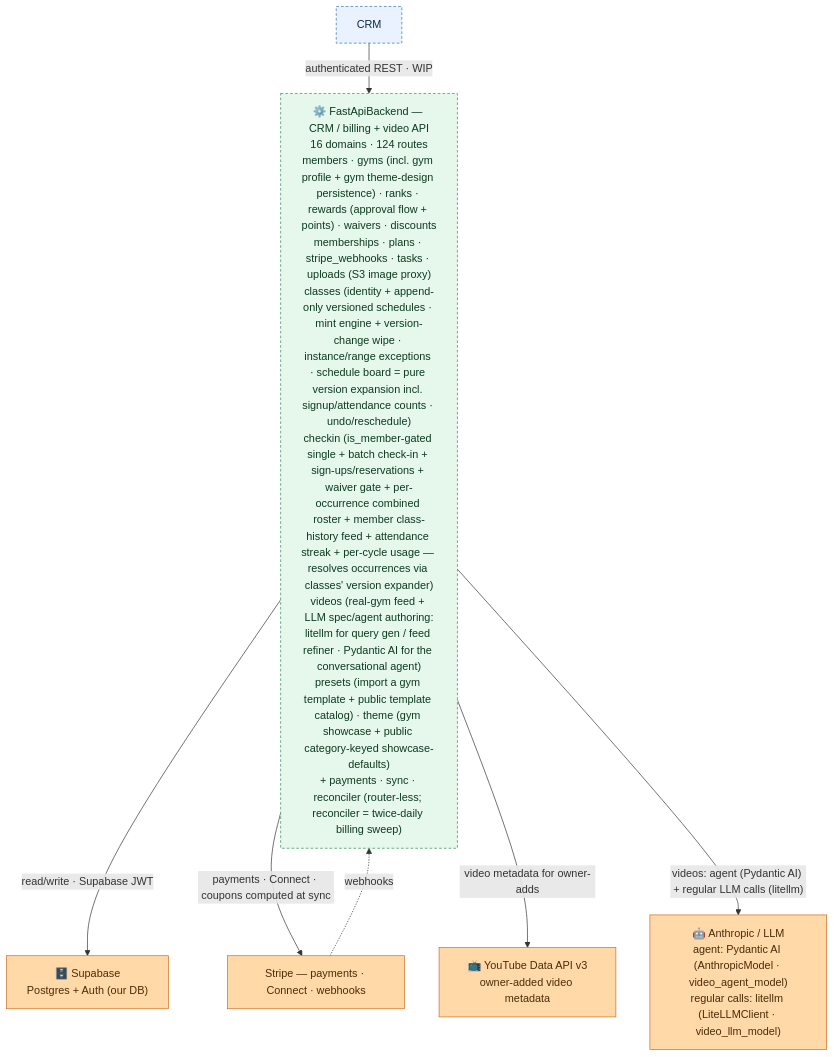
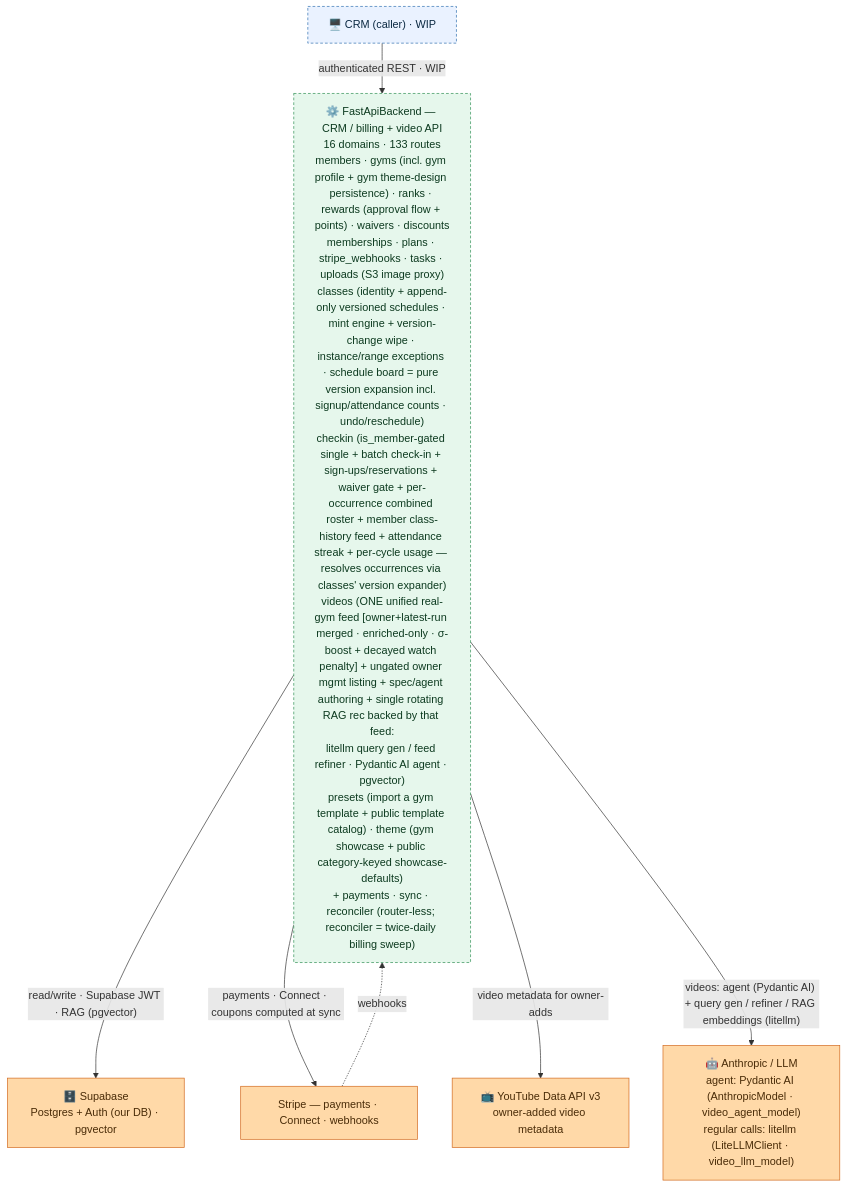
Before and after one commit to jesse51002/CombatDen: the diagram in FastApiBackend/README.md, drawn with Mermaid. The commit also changed other lines of this file and 280 other files, not shown here.

First line of the commit message:
Video worker + RAG recommendations + multi-step query gen (#53)

````diff
--- a/FastApiBackend/README.md
+++ b/FastApiBackend/README.md
@@ -16,22 +16,23 @@
 ```mermaid
 flowchart TB
-  FB["⚙️ FastApiBackend — CRM / billing + video API<br/>16 domains · 124 routes<br/>members · gyms (incl. gym profile + gym theme-design persistence) · ranks · rewards (approval flow + points) · waivers · discounts<br/>memberships · plans · stripe_webhooks · tasks · uploads (S3 image proxy)<br/>classes (identity + append-only versioned schedules · mint engine + version-change wipe · instance/range exceptions · schedule board = pure version expansion incl. signup/attendance counts · undo/reschedule)<br/>checkin (is_member-gated single + batch check-in + sign-ups/reservations + waiver gate + per-occurrence combined roster + member class-history feed + attendance streak + per-cycle usage — resolves occurrences via classes' version expander)<br/>videos (real-gym feed + LLM spec/agent authoring:<br/>litellm for query gen / feed refiner · Pydantic AI for the conversational agent)<br/>presets (import a gym template + public template catalog) · theme (gym showcase + public category-keyed showcase-defaults)<br/>+ payments · sync · reconciler (router-less; reconciler = twice-daily billing sweep)"]
-  Supabase["🗄️ Supabase<br/>Postgres + Auth (our DB)"]
+  CRM["🖥️ CRM (caller) · WIP"]
+  FB["⚙️ FastApiBackend — CRM / billing + video API<br/>16 domains · 133 routes<br/>members · gyms (incl. gym profile + gym theme-design persistence) · ranks · rewards (approval flow + points) · waivers · discounts<br/>memberships · plans · stripe_webhooks · tasks · uploads (S3 image proxy)<br/>classes (identity + append-only versioned schedules · mint engine + version-change wipe · instance/range exceptions · schedule board = pure version expansion incl. signup/attendance counts · undo/reschedule)<br/>checkin (is_member-gated single + batch check-in + sign-ups/reservations + waiver gate + per-occurrence combined roster + member class-history feed + attendance streak + per-cycle usage — resolves occurrences via classes' version expander)<br/>videos (ONE unified real-gym feed [owner+latest-run merged · enriched-only · σ-boost + decayed watch penalty] + ungated owner mgmt listing + spec/agent authoring + single rotating RAG rec backed by that feed:<br/>litellm query gen / feed refiner · Pydantic AI agent · pgvector)<br/>presets (import a gym template + public template catalog) · theme (gym showcase + public category-keyed showcase-defaults)<br/>+ payments · sync · reconciler (router-less; reconciler = twice-daily billing sweep)"]
+  Supabase["🗄️ Supabase<br/>Postgres + Auth (our DB) · pgvector"]
   Stripe["Stripe — payments · Connect · webhooks"]
   YouTube["📺 YouTube Data API v3<br/>owner-added video metadata"]
   LLMProvider["🤖 Anthropic / LLM<br/>agent: Pydantic AI (AnthropicModel · video_agent_model)<br/>regular calls: litellm (LiteLLMClient · video_llm_model)"]
   CRM -->|"authenticated REST · WIP"| FB
-  FB -->|"read/write · Supabase JWT"| Supabase
+  FB -->|"read/write · Supabase JWT · RAG (pgvector)"| Supabase
   FB -->|"payments · Connect · coupons computed at sync"| Stripe
   Stripe -.->|"webhooks"| FB
   FB -->|"video metadata for owner-adds"| YouTube
-  FB -->|"videos: agent (Pydantic AI) + regular LLM calls (litellm)"| LLMProvider
+  FB -->|"videos: agent (Pydantic AI) + query gen / refiner / RAG embeddings (litellm)"| LLMProvider
   classDef client fill:#eaf2ff,stroke:#2f6fb0,color:#0b2942;
   classDef svc fill:#e6f7ec,stroke:#2f8f53,color:#0c3a1f;
   classDef ext fill:#ffd9a8,stroke:#d2691e,color:#4a2c08;
   class CRM client;
   class FB svc;
   class Supabase,Stripe,YouTube,LLMProvider ext;
   style CRM stroke-dasharray:4 3;
   style FB stroke-dasharray:4 3;
 ```
````
